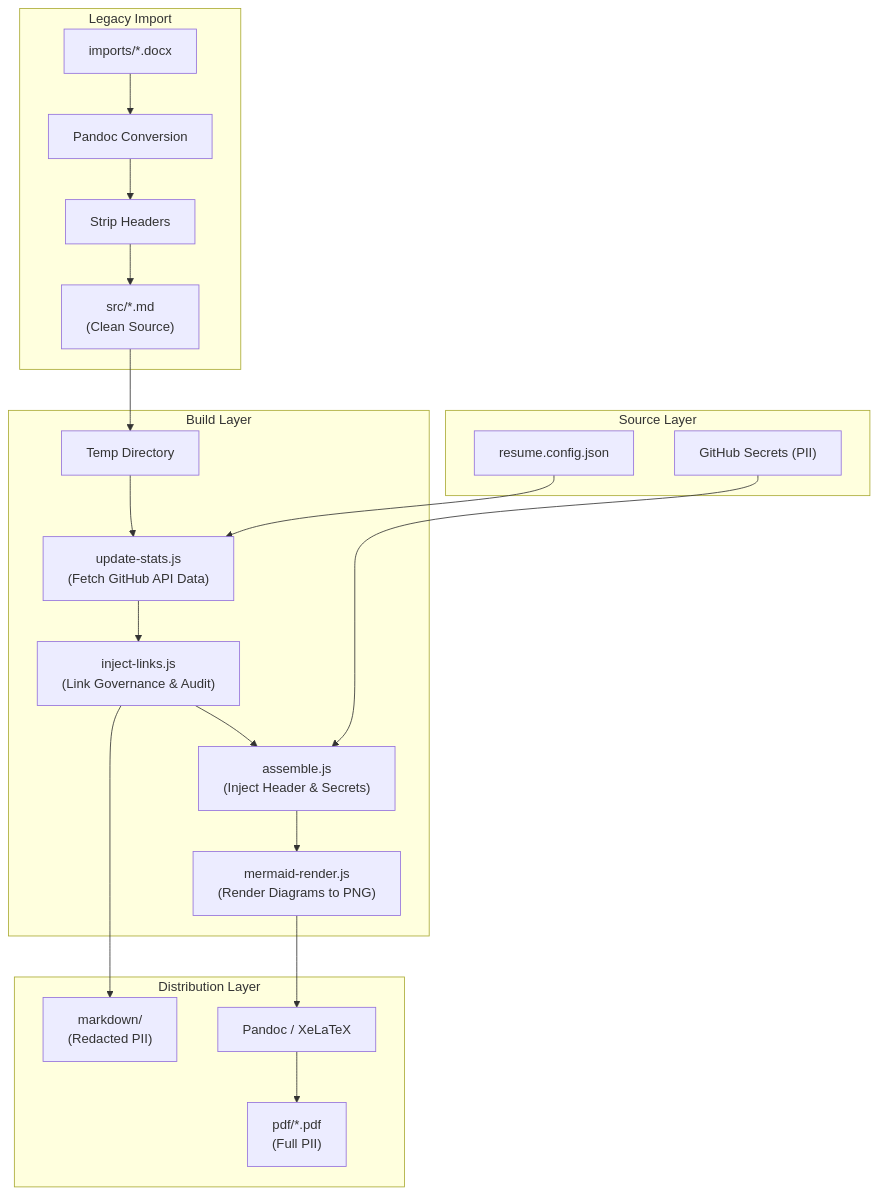
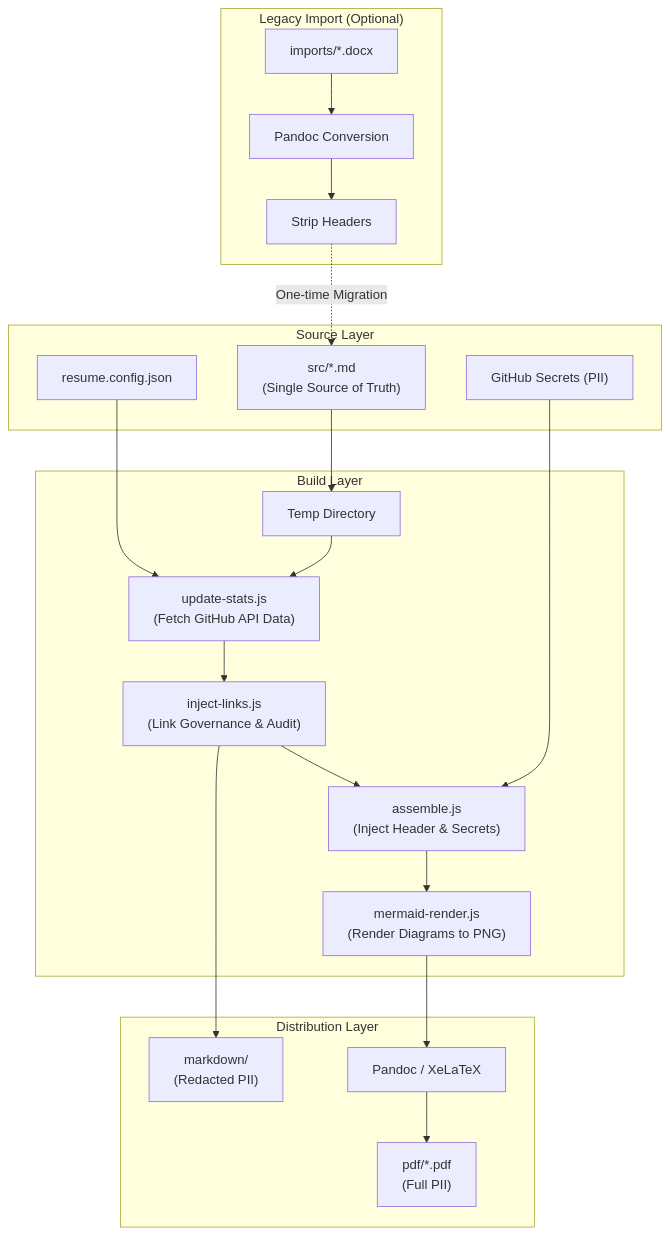
Before and after one commit to rdbumstead/resume-as-code: the diagram in README.md, drawn with Mermaid.

Commit message:
docs: differentiate legacy import from primary source flow
- Update Mermaid diagram to use a dotted line ('-.->') for the import process
- Label the import connection as 'One-time Migration'
- Clarify that 'src/' is the 'Single Source of Truth' and the primary pipeline entry point

````diff
--- a/README.md
+++ b/README.md
@@ -13,39 +13,41 @@
 ```mermaid
 graph TD
-    subgraph Import ["Legacy Import"]
+    subgraph Import ["Legacy Import (Optional)"]
         Docx["imports/*.docx"] --> Convert["Pandoc Conversion"]
         Convert --> Strip["Strip Headers"]
-        Strip --> Src
     end
 
     subgraph Input ["Source Layer"]
-        Src["src/*.md<br/>(Clean Source)"]
+        Src["src/*.md<br/>(Single Source of Truth)"]
         Conf["resume.config.json"]
         Sec["GitHub Secrets (PII)"]
     end
 
     subgraph Process ["Build Layer"]
         Temp["Temp Directory"]
         Fetch["update-stats.js<br/>(Fetch GitHub API Data)"]
         Audit["inject-links.js<br/>(Link Governance & Audit)"]
         Assemble["assemble.js<br/>(Inject Header & Secrets)"]
         Render["mermaid-render.js<br/>(Render Diagrams to PNG)"]
     end
 
     subgraph Output ["Distribution Layer"]
         DistMD["markdown/<br/>(Redacted PII)"]
         Pandoc["Pandoc / XeLaTeX"]
         PDF["pdf/*.pdf<br/>(Full PII)"]
     end
 
+    %% Dotted line indicates optional/one-time flow
+    Strip -.->|One-time Migration| Src
+
     Src --> Temp
     Conf --> Fetch
     Temp --> Fetch
     Fetch --> Audit
     Audit --> DistMD
     Audit --> Assemble
     Sec --> Assemble
     Assemble --> Render
     Render --> Pandoc
     Pandoc --> PDF
 ```
````
